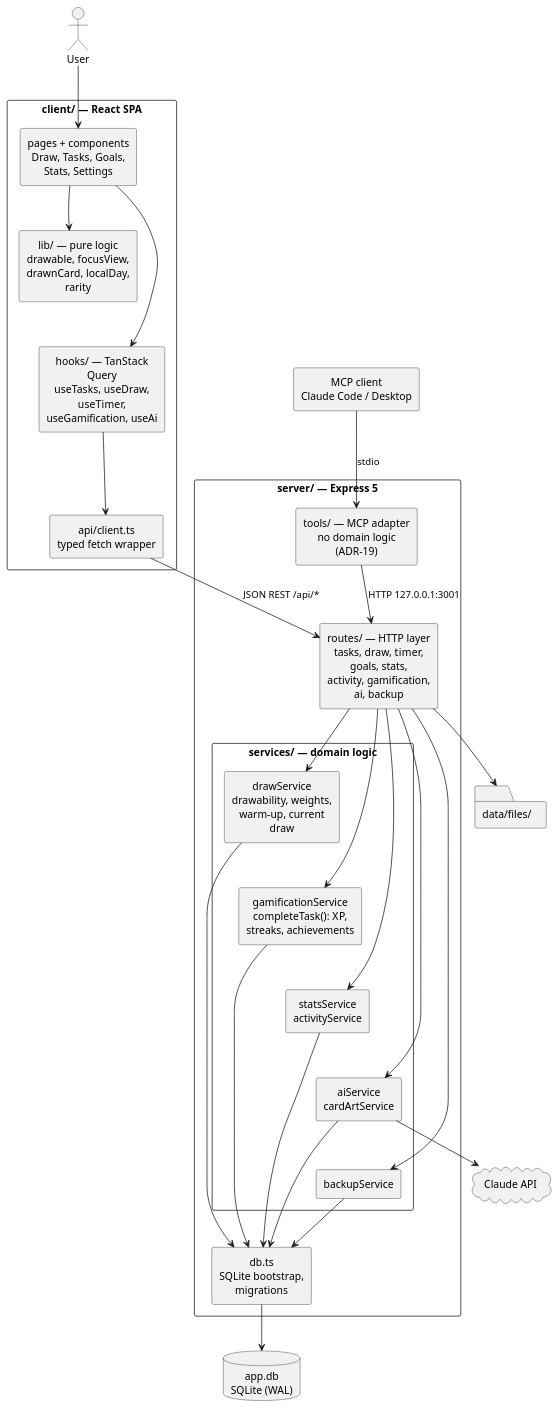
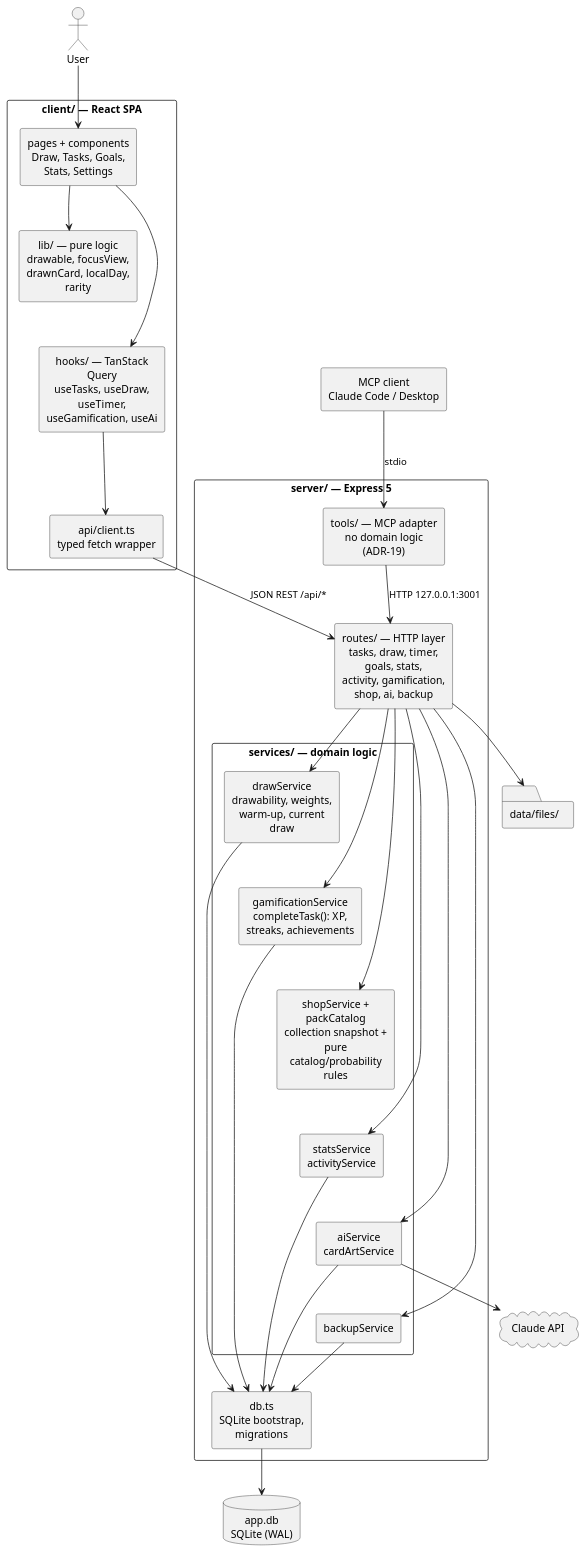
The diagram in docs/modules/ROOT/pages/05_building_block_view.adoc (FelixGeisler/draw), drawn with PlantUML before and after one commit. The commit also changed other lines of this file and 7 other files, not shown here.

Commit message:
#265 Add pure pack catalog probability rules

```diff
--- a/docs/modules/ROOT/pages/05_building_block_view.adoc
+++ b/docs/modules/ROOT/pages/05_building_block_view.adoc
@@ -16,65 +16,68 @@
 [plantuml,building-blocks,svg]
 ....
 @startuml
 skinparam componentStyle rectangle
 skinparam shadowing false
 skinparam wrapWidth 150
 skinparam defaultTextAlignment center
 skinparam packageStyle rectangle
 hide stereotype
 
 actor "User" as user
 component "MCP client\nClaude Code / Desktop" as mcpClient
 
 package "client/ — React SPA" {
   component "pages + components\nDraw, Tasks, Goals,\nStats, Settings" as pages
   component "lib/ — pure logic\ndrawable, focusView,\ndrawnCard, localDay, rarity" as clib
   component "hooks/ — TanStack Query\nuseTasks, useDraw, useTimer,\nuseGamification, useAi" as hooks
   component "api/client.ts\ntyped fetch wrapper" as apiClient
 }
 
 package "server/ — Express 5" {
   component "tools/ — MCP adapter\nno domain logic (ADR-19)" as mcpAdapter
-  component "routes/ — HTTP layer\ntasks, draw, timer, goals, stats,\nactivity, gamification, ai, backup" as routes
+  component "routes/ — HTTP layer\ntasks, draw, timer, goals, stats,\nactivity, gamification, shop, ai, backup" as routes
   package "services/ — domain logic" {
     component "drawService\ndrawability, weights,\nwarm-up, current draw" as drawSvc
     component "gamificationService\ncompleteTask(): XP,\nstreaks, achievements" as gamSvc
+    component "shopService + packCatalog\ncollection snapshot + pure\ncatalog/probability rules" as shopSvc
     component "statsService\nactivityService" as statsSvc
     component "aiService\ncardArtService" as aiSvc
     component "backupService" as backupSvc
   }
   component "db.ts\nSQLite bootstrap, migrations" as dbmod
 }
 
 database "app.db\nSQLite (WAL)" as sqlite
 folder "data/files/" as files
 cloud "Claude API" as claude
 
 user --> pages
 pages --> hooks
 pages --> clib
 hooks --> apiClient
 apiClient --> routes : "JSON REST /api/*"
 mcpClient --> mcpAdapter : stdio
 mcpAdapter --> routes : "HTTP 127.0.0.1:3001"
 routes --> drawSvc
 routes --> gamSvc
+routes --> shopSvc
 routes --> statsSvc
 routes --> aiSvc
 routes --> backupSvc
 drawSvc -[hidden]-> gamSvc
-gamSvc -[hidden]-> statsSvc
+gamSvc -[hidden]-> shopSvc
+shopSvc -[hidden]-> statsSvc
 statsSvc -[hidden]-> aiSvc
 aiSvc -[hidden]-> backupSvc
 drawSvc --> dbmod
 gamSvc --> dbmod
 statsSvc --> dbmod
 aiSvc --> dbmod
 backupSvc --> dbmod
 dbmod --> sqlite
 routes --> files
 aiSvc --> claude
 pages -[hidden]-> clib
 clib -[hidden]-> hooks
 @enduml
 ....
```
